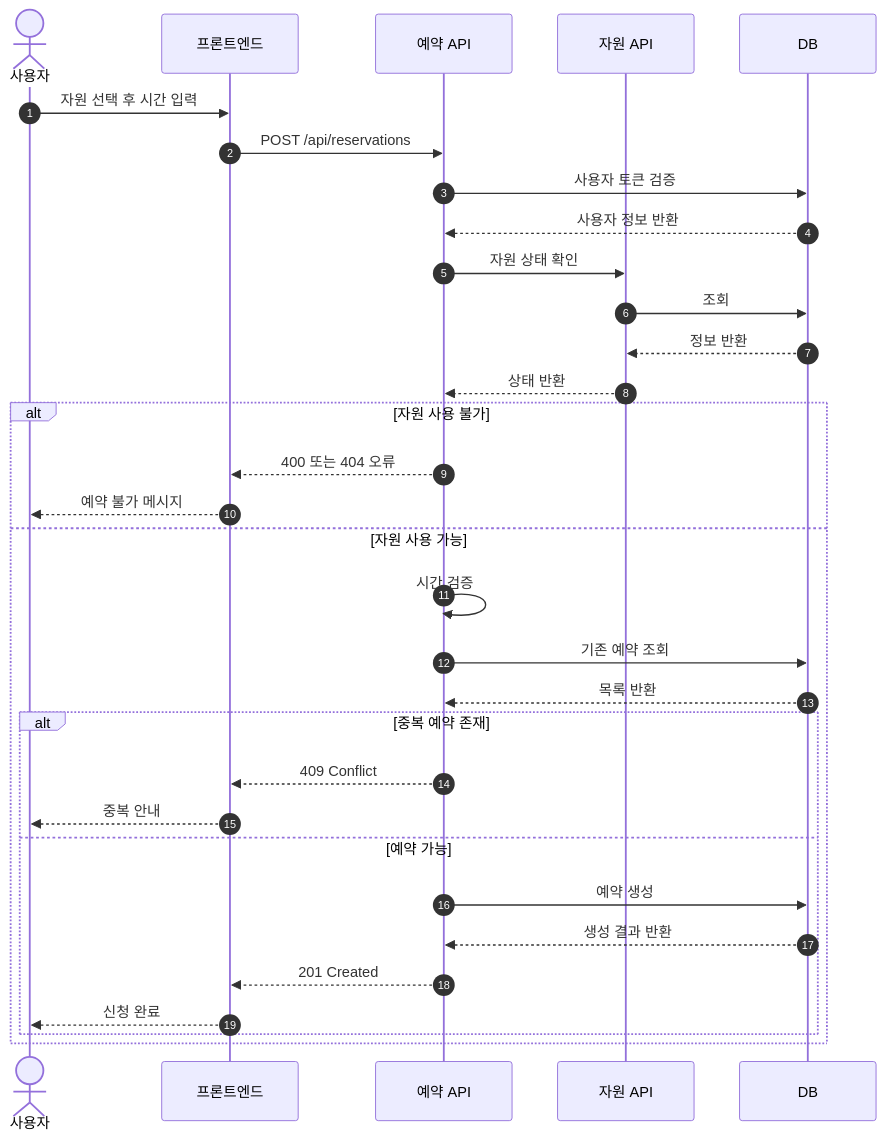
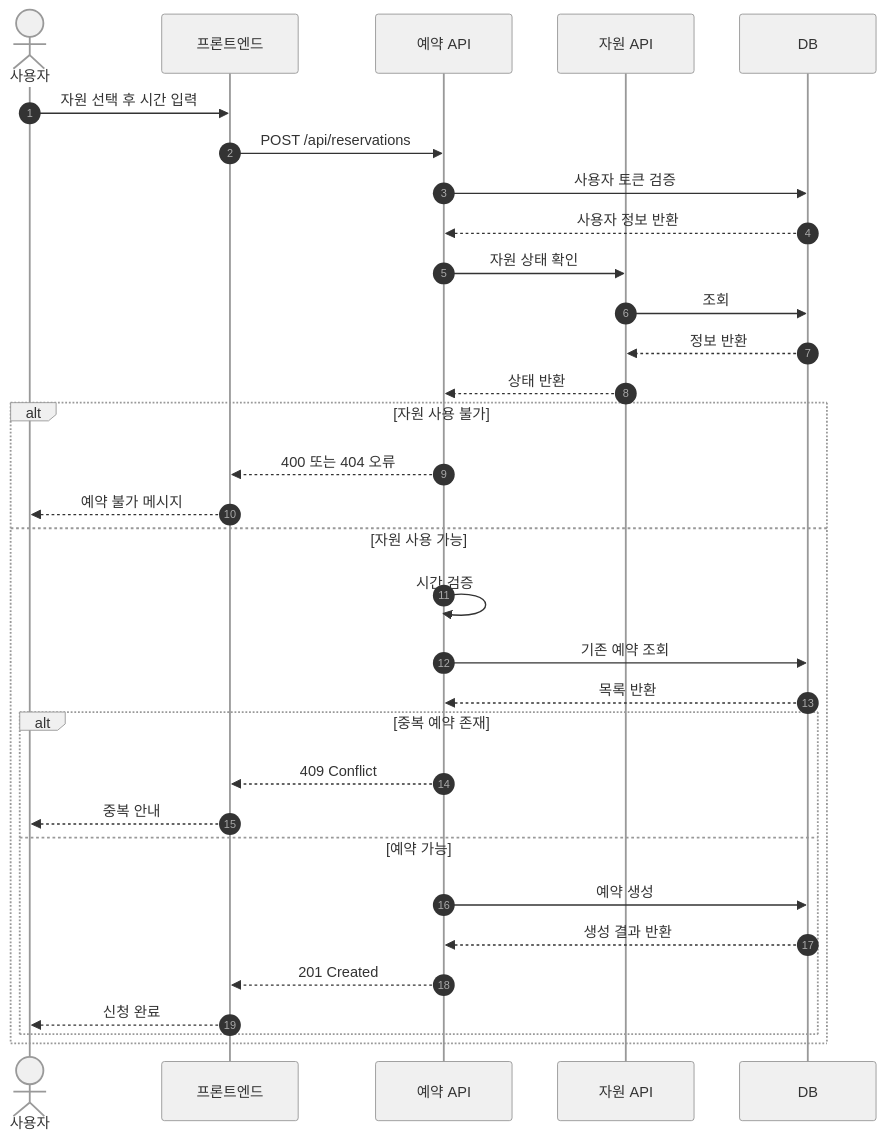
Before and after one commit to lopalap/123dsada: the second of 3 diagrams in README.md, drawn with Mermaid. The commit also changed other lines of this file, not shown here.

````diff
--- a/README.md
+++ b/README.md
@@ -31,37 +30,35 @@
 ```mermaid
+%%{init: {'theme': 'base', 'themeVariables': {'primaryColor': '#f0f0f0', 'primaryTextColor': '#333', 'primaryBorderColor': '#999', 'lineColor': '#555', 'secondaryColor': '#f9f9f9', 'tertiaryColor': '#fff'}}}%%
 sequenceDiagram
     autonumber
     actor User as 사용자
     participant Frontend as 프론트엔드
     participant ReservationAPI as 예약 API
     participant ResourceAPI as 자원 API
     participant DB as DB
-
     User->>Frontend: 자원 선택 후 시간 입력
     Frontend->>ReservationAPI: POST /api/reservations
     ReservationAPI->>DB: 사용자 토큰 검증
     DB-->>ReservationAPI: 사용자 정보 반환
     ReservationAPI->>ResourceAPI: 자원 상태 확인
     ResourceAPI->>DB: 조회
     DB-->>ResourceAPI: 정보 반환
     ResourceAPI-->>ReservationAPI: 상태 반환
-
     alt 자원 사용 불가
         ReservationAPI-->>Frontend: 400 또는 404 오류
         Frontend-->>User: 예약 불가 메시지
     else 자원 사용 가능
         ReservationAPI->>ReservationAPI: 시간 검증
         ReservationAPI->>DB: 기존 예약 조회
         DB-->>ReservationAPI: 목록 반환
-
         alt 중복 예약 존재
             ReservationAPI-->>Frontend: 409 Conflict
             Frontend-->>User: 중복 안내
         else 예약 가능
             ReservationAPI->>DB: 예약 생성
             DB-->>ReservationAPI: 생성 결과 반환
             ReservationAPI-->>Frontend: 201 Created
             Frontend-->>User: 신청 완료
         end
     end
 ```
````
